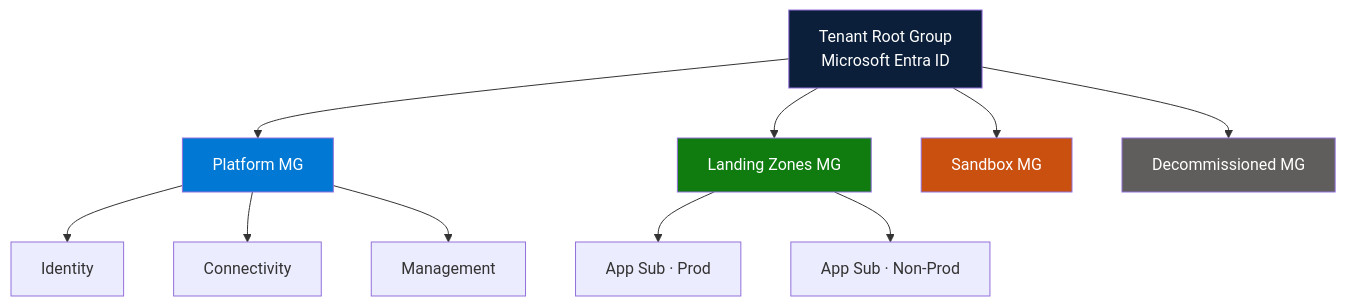
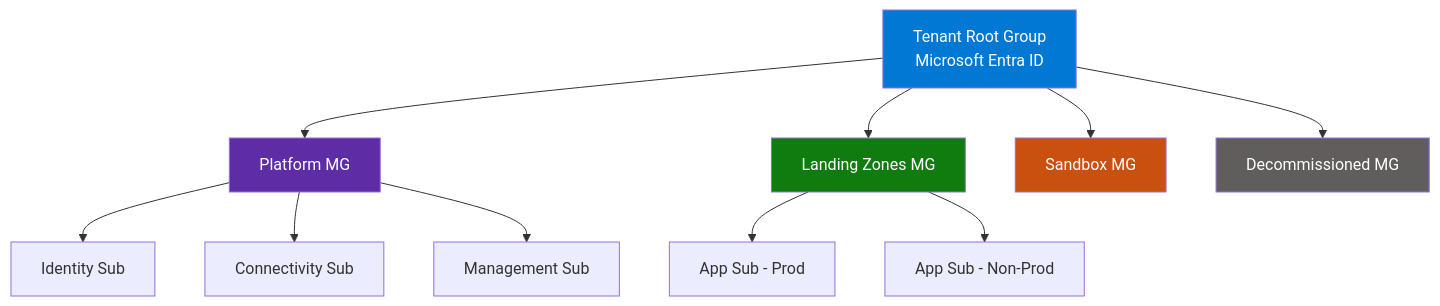
Before and after one commit to cloudwithdharm/cloudwithdharm: the first of 3 diagrams in README.md, drawn with Mermaid. The commit also changed other lines of this file, not shown here.

````diff
--- a/README.md
+++ b/README.md
@@ -95,17 +98,17 @@
 ```mermaid
 graph TD
-    R["Tenant Root Group<br/>Microsoft Entra ID"] --> P["Platform MG"]
-    R --> L["Landing Zones MG"]
-    R --> S["Sandbox MG"]
-    R --> D["Decommissioned MG"]
-    P --> P1["Identity"]
-    P --> P2["Connectivity"]
-    P --> P3["Management"]
-    L --> L1["App Sub · Prod"]
-    L --> L2["App Sub · Non-Prod"]
-    style R fill:#0B1F3A,color:#fff
-    style P fill:#0078D4,color:#fff
-    style L fill:#107C10,color:#fff
-    style S fill:#CA5010,color:#fff
-    style D fill:#605E5C,color:#fff
+    A[Tenant Root Group<br/>Microsoft Entra ID] --> B[Platform MG]
+    A --> C[Landing Zones MG]
+    A --> D[Sandbox MG]
+    A --> E[Decommissioned MG]
+    B --> B1[Identity Sub]
+    B --> B2[Connectivity Sub]
+    B --> B3[Management Sub]
+    C --> C1[App Sub - Prod]
+    C --> C2[App Sub - Non-Prod]
+    style A fill:#0078D4,color:#fff
+    style B fill:#5E2CA5,color:#fff
+    style C fill:#107C10,color:#fff
+    style D fill:#CA5010,color:#fff
+    style E fill:#605E5C,color:#fff
 ```
````
